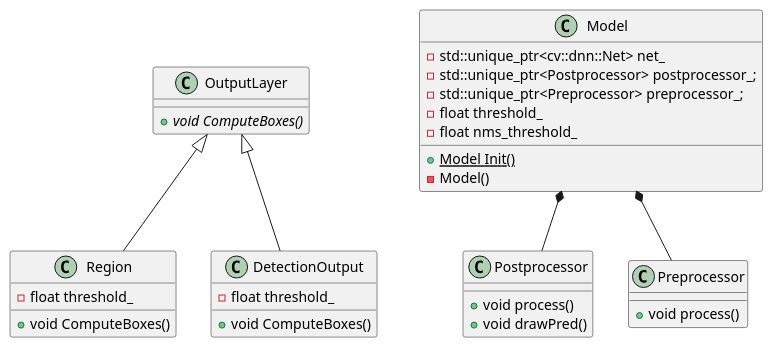
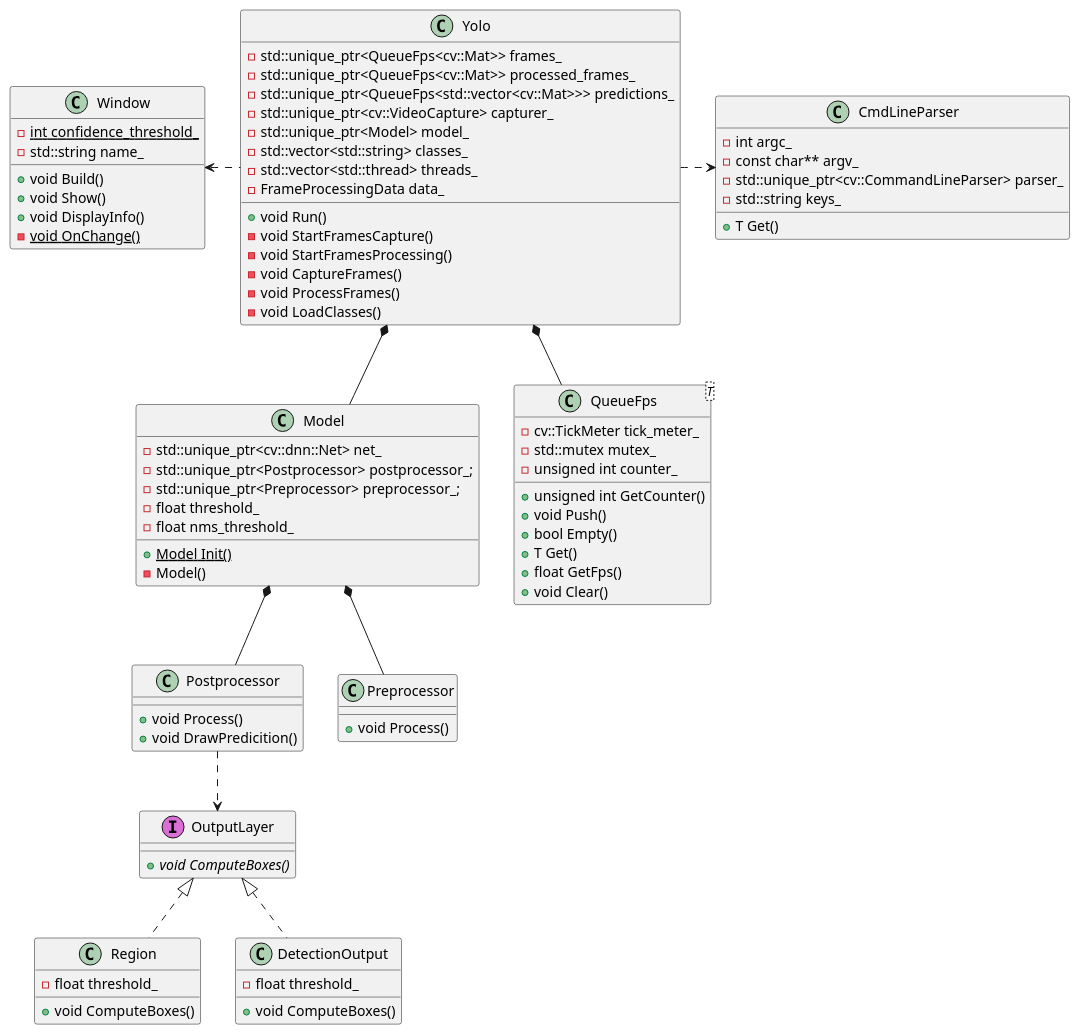
The diagram in docs/diagrams/ClassStructure.puml (alvgaona/yolo-object-detection), drawn with PlantUML before and after one commit. The commit also changed 1 other file, not shown here.

```diff
--- a/docs/diagrams/ClassStructure.puml
+++ b/docs/diagrams/ClassStructure.puml
@@ -1,44 +1,99 @@
 @startuml
 
-class OutputLayer {
+class OutputLayer << (I,orchid) >> {
  +{abstract} void ComputeBoxes()
 }
 
 class Region {
  -float threshold_
  +void ComputeBoxes()
 }
 
 class DetectionOutput {
  -float threshold_
  +void ComputeBoxes()
 }
 
-OutputLayer <|-- Region
-OutputLayer <|-- DetectionOutput
-
 class Model {
   -std::unique_ptr<cv::dnn::Net> net_
   -std::unique_ptr<Postprocessor> postprocessor_;
   -std::unique_ptr<Preprocessor> preprocessor_;
   -float threshold_
   -float nms_threshold_
   +{static} Model Init()
   - Model()
 }
 
 class Postprocessor {
-    +void process()
-    +void drawPred()
+  +void Process()
+  +void DrawPredicition()
 }
 
 class Preprocessor {
-    +void process()
+  +void Process()
 }
+
+class Yolo {
+  -std::unique_ptr<QueueFps<cv::Mat>> frames_
+  -std::unique_ptr<QueueFps<cv::Mat>> processed_frames_
+  -std::unique_ptr<QueueFps<std::vector<cv::Mat>>> predictions_
+  -std::unique_ptr<cv::VideoCapture> capturer_
+  -std::unique_ptr<Model> model_
+  -std::vector<std::string> classes_
+  -std::vector<std::thread> threads_
+  -FrameProcessingData data_
+
+  +void Run()
+  -void StartFramesCapture()
+  -void StartFramesProcessing()
+  -void CaptureFrames()
+  -void ProcessFrames()
+  -void LoadClasses()
+}
+
+class QueueFps<T> {
+  -cv::TickMeter tick_meter_
+  -std::mutex mutex_
+  -unsigned int counter_
+  +unsigned int GetCounter()
+  +void Push()
+  +bool Empty()
+  + T Get()
+  +float GetFps()
+  +void Clear()
+}
+
+class Window {
+  -{static} int confidence_threshold_
+  -std::string name_
+  +void Build()
+  +void Show()
+  +void DisplayInfo()
+  -{static} void OnChange()
+}
+
+class CmdLineParser {
+  -int argc_
+  -const char** argv_
+  -std::unique_ptr<cv::CommandLineParser> parser_
+  -std::string keys_
+  +T Get()
+}
+
+OutputLayer <|.. Region
+OutputLayer <|.. DetectionOutput
 
 Model *-- Postprocessor
 Model *-- Preprocessor
 
+Yolo *-- QueueFps
+Yolo *-- Model
+
+Postprocessor ..> OutputLayer
+
+Yolo ..left> Window
+Yolo ..right> CmdLineParser
+
 
 
 @enduml
```
